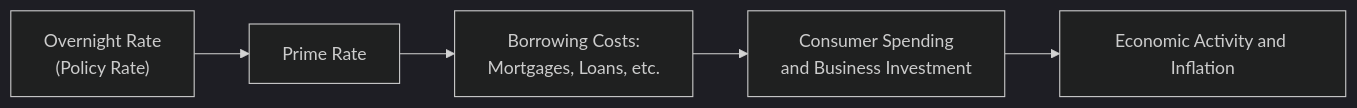
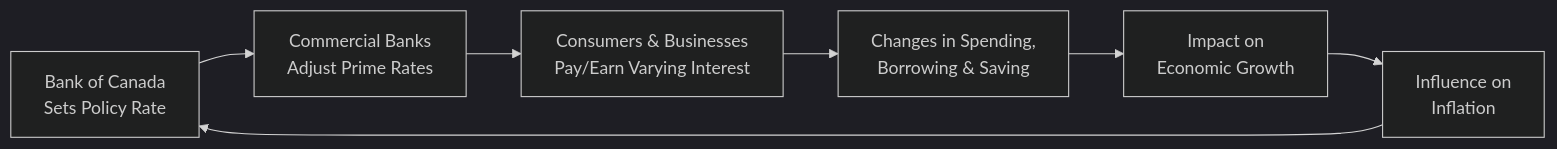
One commit to MasteryEducation/SecuritiesExamsMastery.ca changed the diagram in content/ifc/3/5/index.md. Above: the diagram before and after it, drawn with Mermaid (dark theme). The commit also changed other lines of this file and 130 other files, not shown here.

````diff
--- a/content/ifc/3/5/index.md
+++ b/content/ifc/3/5/index.md
@@ -57,7 +150,9 @@
 ```mermaid
 flowchart LR
-    A["Overnight Rate <br/>(Policy Rate)"] --> B["Prime Rate"]
-    B["Prime Rate"] --> C["Borrowing Costs: <br/>Mortgages, Loans, etc."]
-    C["Borrowing Costs: <br/>Mortgages, Loans, etc."] --> D["Consumer Spending <br/>and Business Investment"]
-    D["Consumer Spending <br/>and Business Investment"] --> E["Economic Activity and Inflation"]
+    A["Bank of Canada <br/> Sets Policy Rate"] --> B["Commercial Banks <br/> Adjust Prime Rates"]
+    B["Commercial Banks <br/> Adjust Prime Rates"] --> C["Consumers & Businesses <br/> Pay/Earn Varying Interest"]
+    C["Consumers & Businesses <br/> Pay/Earn Varying Interest"] --> D["Changes in Spending, <br/> Borrowing & Saving"]
+    D["Changes in Spending, <br/> Borrowing & Saving"] --> E["Impact on <br/> Economic Growth"]
+    E["Impact on <br/> Economic Growth"] --> F["Influence on <br/> Inflation"]
+    F["Influence on <br/> Inflation"] --> A
 ```
````
